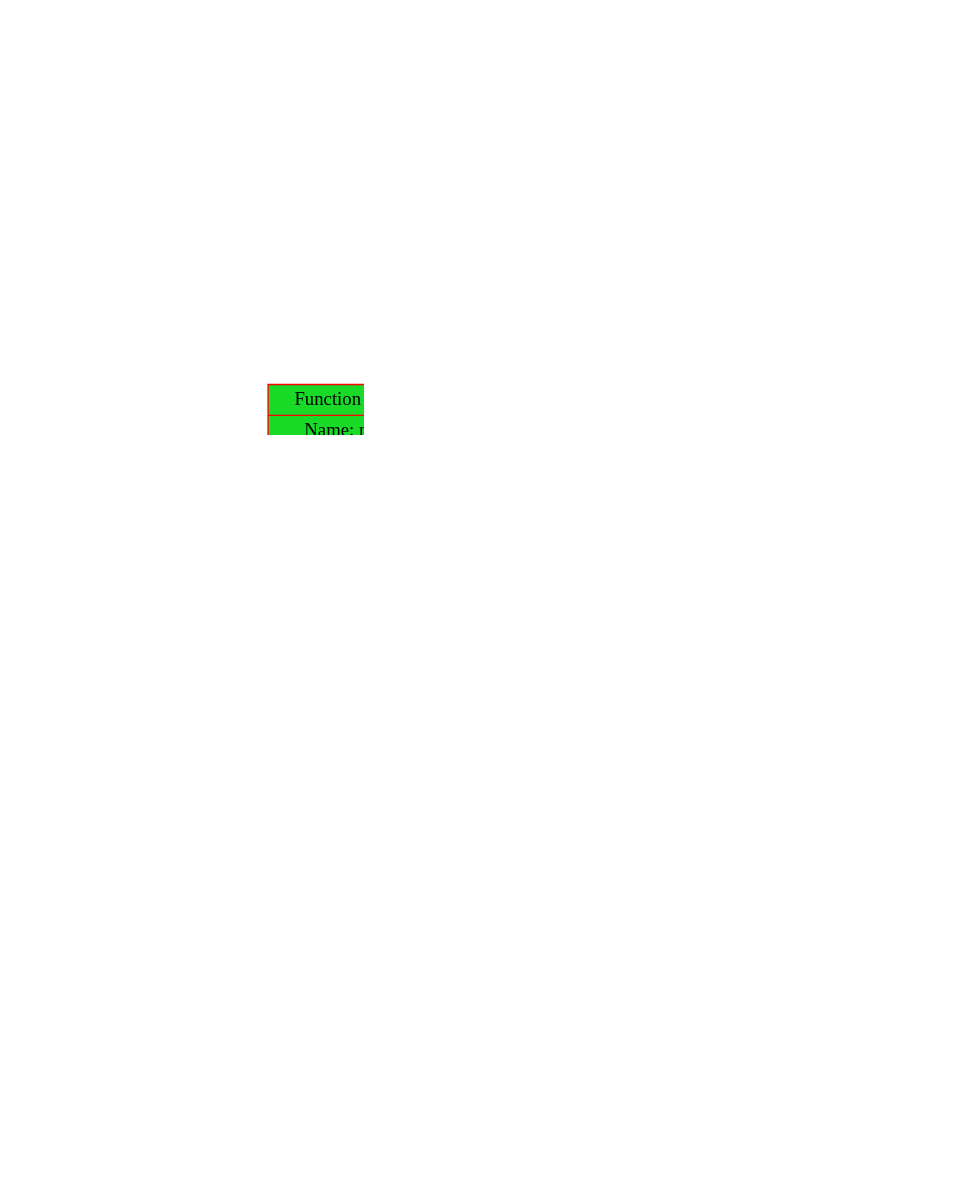
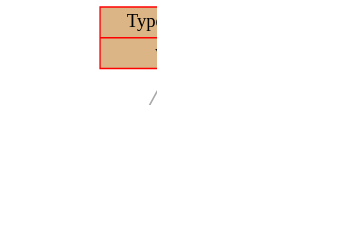
The diagram in backend/data/graph.dot (dodokek/ProgrammingLanguage), drawn with Graphviz before and after one commit. The commit also changed 13 other files, not shown here.

```diff
--- a/backend/data/graph.dot
+++ b/backend/data/graph.dot
@@ -1,58 +1,19 @@
 
     digraph g {
         dpi      = 200;
         fontname = "Comic Sans MS";
         fontsize = 20;
         rankdir   =  TB;
         edge [color = darkgrey, arrowhead = onormal, arrowsize = 1, penwidth = 1.2]
         graph[fillcolor = lightgreen, ranksep = 1.3, nodesep = 0.5,
         style = "rounded, filled",color = green, penwidth = 2]
 
-    Node00000247fe896870[shape=record, width=0.2, style="filled", color="red", fillcolor="#DBB585",label=" {Type: operation | value: Statement}"] 
+    Node00000156970c1760[shape=record, width=0.2, style="filled", color="red", fillcolor="#DBB585",label=" {Type: operation | value: +}"] 
  
-Node00000247fe896670[shape=record, width=0.2, style="filled", color="red", fillcolor="#DBB585",label=" {Type: operation | value: Function declaration}"] 
+Node00000156970c1700[shape=record, width=0.2, style="filled", color="red", fillcolor="#DB8E21",label=" {Type: number | value: 2}"] 
  
-Node00000247fe891c50[shape=record, width=0.2, style="filled", color="red", fillcolor="#19DB27",label=" {Function name |Name: main}"] 
+Node00000156970c1730[shape=record, width=0.2, style="filled", color="red", fillcolor="#DB8E21",label=" {Type: number | value: 2}"] 
  
-Node00000247fe891c80[shape=record, width=0.2, style="filled", color="red", fillcolor="#DBB585",label=" {Type: operation | value: Parametr}"] 
- 
-Node00000247fe891cb0[shape=record, width=0.2, style="filled", color="red", fillcolor="#DB8E21",label=" {Type: number | value: 1}"] 
- 
-Node00000247fe891ce0[shape=record, width=0.2, style="filled", color="red", fillcolor="#DBB585",label=" {Type: operation | value: Parametr}"] 
- 
-Node00000247fe891d40[shape=record, width=0.2, style="filled", color="red", fillcolor="#DBB585",label=" {Type: operation | value: Var}"] 
- 
-Node00000247fe891d10[shape=record, width=0.2, style="filled", color="red", fillcolor="#19DB27",label=" {Type: variable | value: X}"] 
- 
-Node00000247fe896640[shape=record, width=0.2, style="filled", color="red", fillcolor="#DBB585",label=" {Type: operation | value: Statement}"] 
- 
-Node00000247fe896610[shape=record, width=0.2, style="filled", color="red", fillcolor="#DBB585",label=" {Type: operation | value: IS_GE}"] 
- 
-Node00000247fe891d70[shape=record, width=0.2, style="filled", color="red", fillcolor="#19DB27",label=" {Type: variable | value: X}"] 
- 
-Node00000247fe891da0[shape=record, width=0.2, style="filled", color="red", fillcolor="#DB8E21",label=" {Type: number | value: 123}"] 
- 
-Node00000247fe896960[shape=record, width=0.2, style="filled", color="red", fillcolor="#DBB585",label=" {Type: operation | value: Function call}"] 
- 
-Node00000247fe8966a0[shape=record, width=0.2, style="filled", color="red", fillcolor="#19DB27",label=" {Function name |Name: main}"] 
- 
-Node00000247fe8966d0[shape=record, width=0.2, style="filled", color="red", fillcolor="#DBB585",label=" {Type: operation | value: Parametr}"] 
- 
-Node00000247fe896700[shape=record, width=0.2, style="filled", color="red", fillcolor="#DB8E21",label=" {Type: number | value: 1}"] 
- 
-Node00000247fe896870->Node00000247fe896670
-Node00000247fe896670->Node00000247fe891c50
-Node00000247fe891c50->Node00000247fe891c80
-Node00000247fe891c80->Node00000247fe891cb0
-Node00000247fe891c80->Node00000247fe891ce0
-Node00000247fe891ce0->Node00000247fe891d40
-Node00000247fe891d40->Node00000247fe891d10
-Node00000247fe896670->Node00000247fe896640
-Node00000247fe896640->Node00000247fe896610
-Node00000247fe896610->Node00000247fe891d70
-Node00000247fe896610->Node00000247fe891da0
-Node00000247fe896870->Node00000247fe896960
-Node00000247fe896960->Node00000247fe8966a0
-Node00000247fe8966a0->Node00000247fe8966d0
-Node00000247fe8966d0->Node00000247fe896700
+Node00000156970c1760->Node00000156970c1700
+Node00000156970c1760->Node00000156970c1730
 }
```
